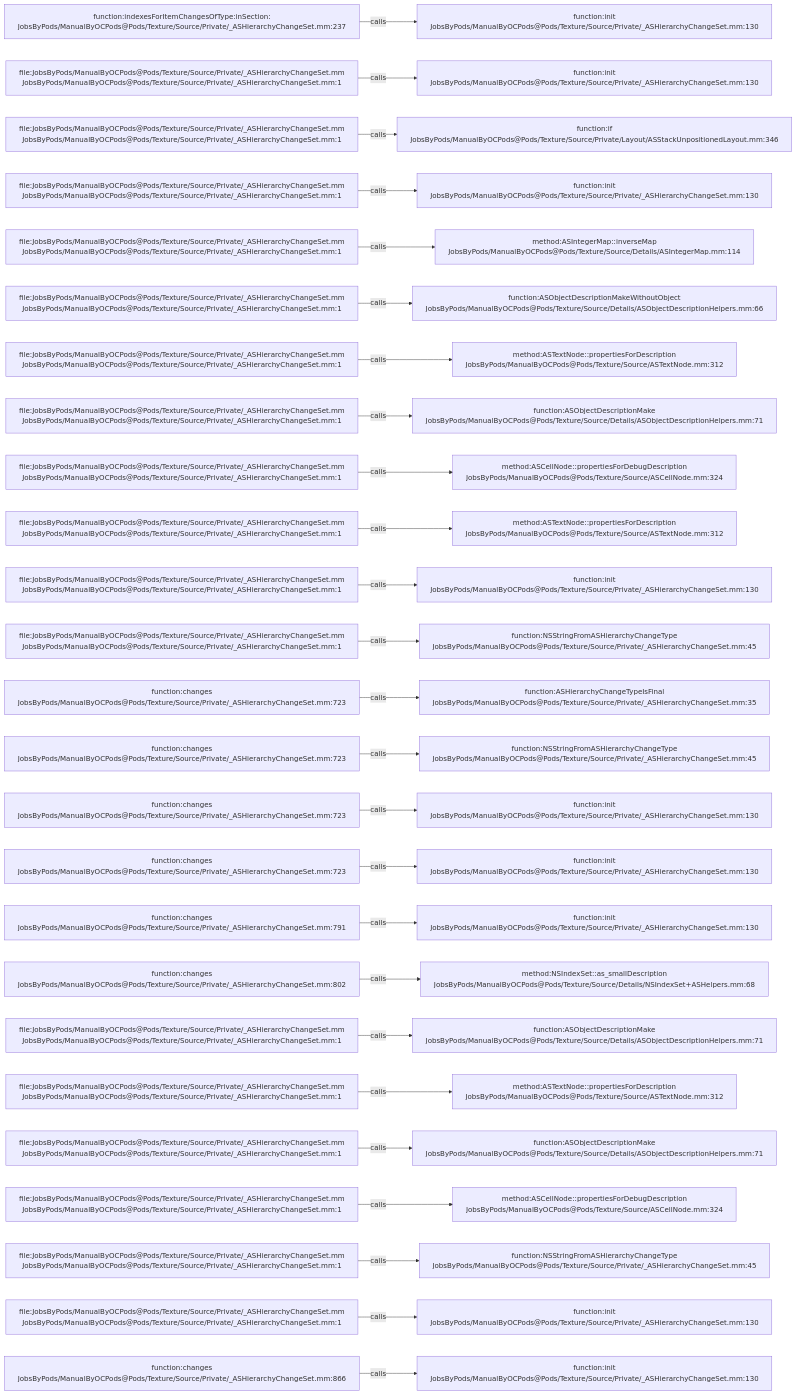
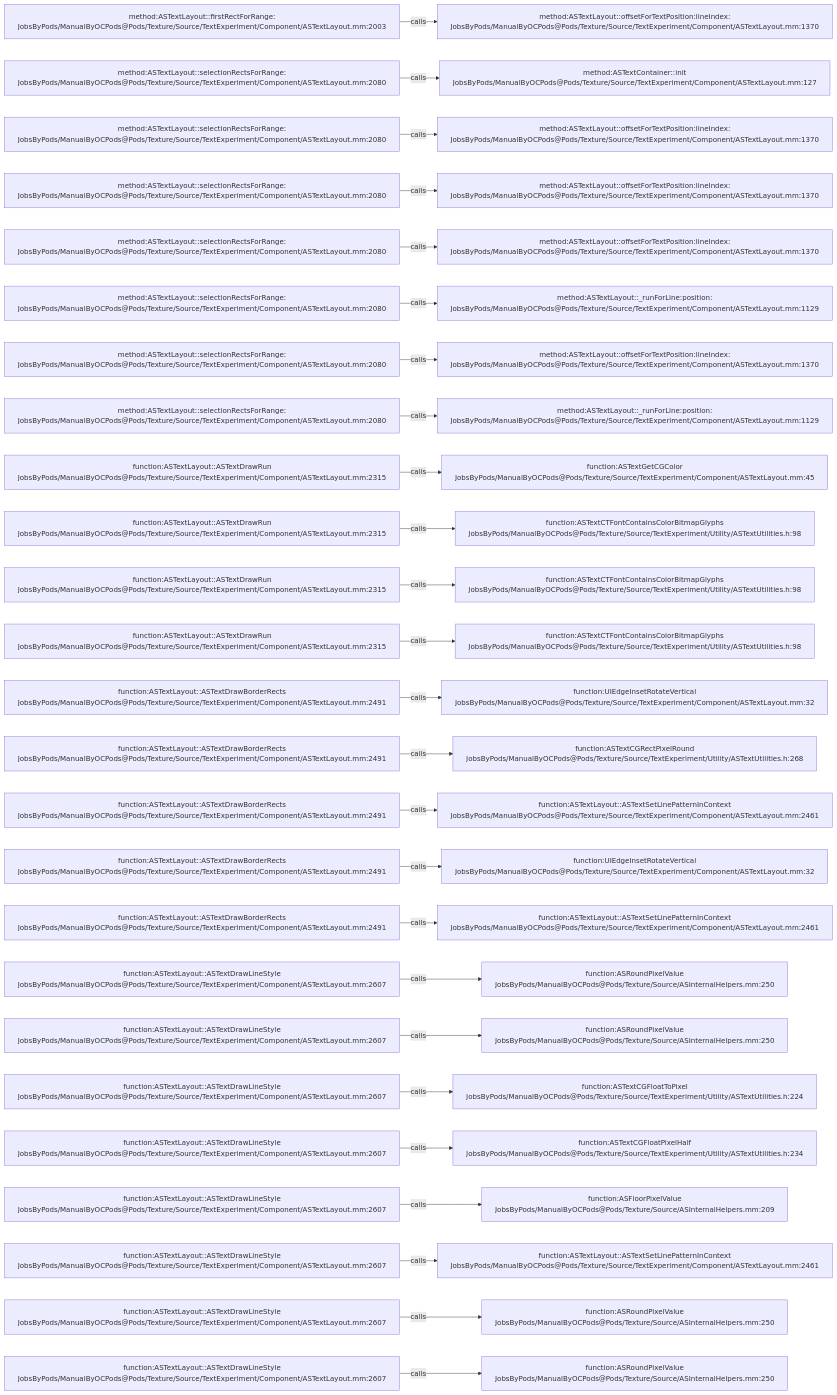
One commit to JobsKits/JobsOCBaseConfigDemo changed the diagram in .codegraph/codegraph.md/graphs/calls-196.md. Above: the diagram before and after it, drawn with Mermaid. The commit also changed 1448 other files, not shown here.

````diff
--- a/.codegraph/codegraph.md/graphs/calls-196.md
+++ b/.codegraph/codegraph.md/graphs/calls-196.md
@@ -13,78 +13,78 @@
 ```mermaid
 flowchart LR
-  S1["function:indexesForItemChangesOfType:inSection:<br/>JobsByPods/ManualByOCPods@Pods/Texture/Source/Private/_ASHierarchyChangeSet.mm:237"]
-  T1["function:init<br/>JobsByPods/ManualByOCPods@Pods/Texture/Source/Private/_ASHierarchyChangeSet.mm:130"]
+  S1["method:ASTextLayout::firstRectForRange:<br/>JobsByPods/ManualByOCPods@Pods/Texture/Source/TextExperiment/Component/ASTextLayout.mm:2003"]
+  T1["method:ASTextLayout::offsetForTextPosition:lineIndex:<br/>JobsByPods/ManualByOCPods@Pods/Texture/Source/TextExperiment/Component/ASTextLayout.mm:1370"]
   S1 -->|calls| T1
-  S2["file:JobsByPods/ManualByOCPods@Pods/Texture/Source/Private/_ASHierarchyChangeSet.mm<br/>JobsByPods/ManualByOCPods@Pods/Texture/Source/Private/_ASHierarchyChangeSet.mm:1"]
-  T2["function:init<br/>JobsByPods/ManualByOCPods@Pods/Texture/Source/Private/_ASHierarchyChangeSet.mm:130"]
+  S2["method:ASTextLayout::selectionRectsForRange:<br/>JobsByPods/ManualByOCPods@Pods/Texture/Source/TextExperiment/Component/ASTextLayout.mm:2080"]
+  T2["method:ASTextContainer::init<br/>JobsByPods/ManualByOCPods@Pods/Texture/Source/TextExperiment/Component/ASTextLayout.mm:127"]
   S2 -->|calls| T2
-  S3["file:JobsByPods/ManualByOCPods@Pods/Texture/Source/Private/_ASHierarchyChangeSet.mm<br/>JobsByPods/ManualByOCPods@Pods/Texture/Source/Private/_ASHierarchyChangeSet.mm:1"]
-  T3["function:if<br/>JobsByPods/ManualByOCPods@Pods/Texture/Source/Private/Layout/ASStackUnpositionedLayout.mm:346"]
+  S3["method:ASTextLayout::selectionRectsForRange:<br/>JobsByPods/ManualByOCPods@Pods/Texture/Source/TextExperiment/Component/ASTextLayout.mm:2080"]
+  T3["method:ASTextLayout::offsetForTextPosition:lineIndex:<br/>JobsByPods/ManualByOCPods@Pods/Texture/Source/TextExperiment/Component/ASTextLayout.mm:1370"]
   S3 -->|calls| T3
-  S4["file:JobsByPods/ManualByOCPods@Pods/Texture/Source/Private/_ASHierarchyChangeSet.mm<br/>JobsByPods/ManualByOCPods@Pods/Texture/Source/Private/_ASHierarchyChangeSet.mm:1"]
-  T4["function:init<br/>JobsByPods/ManualByOCPods@Pods/Texture/Source/Private/_ASHierarchyChangeSet.mm:130"]
+  S4["method:ASTextLayout::selectionRectsForRange:<br/>JobsByPods/ManualByOCPods@Pods/Texture/Source/TextExperiment/Component/ASTextLayout.mm:2080"]
+  T4["method:ASTextLayout::offsetForTextPosition:lineIndex:<br/>JobsByPods/ManualByOCPods@Pods/Texture/Source/TextExperiment/Component/ASTextLayout.mm:1370"]
   S4 -->|calls| T4
-  S5["file:JobsByPods/ManualByOCPods@Pods/Texture/Source/Private/_ASHierarchyChangeSet.mm<br/>JobsByPods/ManualByOCPods@Pods/Texture/Source/Private/_ASHierarchyChangeSet.mm:1"]
-  T5["method:ASIntegerMap::inverseMap<br/>JobsByPods/ManualByOCPods@Pods/Texture/Source/Details/ASIntegerMap.mm:114"]
+  S5["method:ASTextLayout::selectionRectsForRange:<br/>JobsByPods/ManualByOCPods@Pods/Texture/Source/TextExperiment/Component/ASTextLayout.mm:2080"]
+  T5["method:ASTextLayout::offsetForTextPosition:lineIndex:<br/>JobsByPods/ManualByOCPods@Pods/Texture/Source/TextExperiment/Component/ASTextLayout.mm:1370"]
   S5 -->|calls| T5
-  S6["file:JobsByPods/ManualByOCPods@Pods/Texture/Source/Private/_ASHierarchyChangeSet.mm<br/>JobsByPods/ManualByOCPods@Pods/Texture/Source/Private/_ASHierarchyChangeSet.mm:1"]
-  T6["function:ASObjectDescriptionMakeWithoutObject<br/>JobsByPods/ManualByOCPods@Pods/Texture/Source/Details/ASObjectDescriptionHelpers.mm:66"]
+  S6["method:ASTextLayout::selectionRectsForRange:<br/>JobsByPods/ManualByOCPods@Pods/Texture/Source/TextExperiment/Component/ASTextLayout.mm:2080"]
+  T6["method:ASTextLayout::_runForLine:position:<br/>JobsByPods/ManualByOCPods@Pods/Texture/Source/TextExperiment/Component/ASTextLayout.mm:1129"]
   S6 -->|calls| T6
-  S7["file:JobsByPods/ManualByOCPods@Pods/Texture/Source/Private/_ASHierarchyChangeSet.mm<br/>JobsByPods/ManualByOCPods@Pods/Texture/Source/Private/_ASHierarchyChangeSet.mm:1"]
-  T7["method:ASTextNode::propertiesForDescription<br/>JobsByPods/ManualByOCPods@Pods/Texture/Source/ASTextNode.mm:312"]
+  S7["method:ASTextLayout::selectionRectsForRange:<br/>JobsByPods/ManualByOCPods@Pods/Texture/Source/TextExperiment/Component/ASTextLayout.mm:2080"]
+  T7["method:ASTextLayout::offsetForTextPosition:lineIndex:<br/>JobsByPods/ManualByOCPods@Pods/Texture/Source/TextExperiment/Component/ASTextLayout.mm:1370"]
   S7 -->|calls| T7
-  S8["file:JobsByPods/ManualByOCPods@Pods/Texture/Source/Private/_ASHierarchyChangeSet.mm<br/>JobsByPods/ManualByOCPods@Pods/Texture/Source/Private/_ASHierarchyChangeSet.mm:1"]
-  T8["function:ASObjectDescriptionMake<br/>JobsByPods/ManualByOCPods@Pods/Texture/Source/Details/ASObjectDescriptionHelpers.mm:71"]
+  S8["method:ASTextLayout::selectionRectsForRange:<br/>JobsByPods/ManualByOCPods@Pods/Texture/Source/TextExperiment/Component/ASTextLayout.mm:2080"]
+  T8["method:ASTextLayout::_runForLine:position:<br/>JobsByPods/ManualByOCPods@Pods/Texture/Source/TextExperiment/Component/ASTextLayout.mm:1129"]
   S8 -->|calls| T8
-  S9["file:JobsByPods/ManualByOCPods@Pods/Texture/Source/Private/_ASHierarchyChangeSet.mm<br/>JobsByPods/ManualByOCPods@Pods/Texture/Source/Private/_ASHierarchyChangeSet.mm:1"]
-  T9["method:ASCellNode::propertiesForDebugDescription<br/>JobsByPods/ManualByOCPods@Pods/Texture/Source/ASCellNode.mm:324"]
+  S9["function:ASTextLayout::ASTextDrawRun<br/>JobsByPods/ManualByOCPods@Pods/Texture/Source/TextExperiment/Component/ASTextLayout.mm:2315"]
+  T9["function:ASTextGetCGColor<br/>JobsByPods/ManualByOCPods@Pods/Texture/Source/TextExperiment/Component/ASTextLayout.mm:45"]
   S9 -->|calls| T9
-  S10["file:JobsByPods/ManualByOCPods@Pods/Texture/Source/Private/_ASHierarchyChangeSet.mm<br/>JobsByPods/ManualByOCPods@Pods/Texture/Source/Private/_ASHierarchyChangeSet.mm:1"]
-  T10["method:ASTextNode::propertiesForDescription<br/>JobsByPods/ManualByOCPods@Pods/Texture/Source/ASTextNode.mm:312"]
+  S10["function:ASTextLayout::ASTextDrawRun<br/>JobsByPods/ManualByOCPods@Pods/Texture/Source/TextExperiment/Component/ASTextLayout.mm:2315"]
+  T10["function:ASTextCTFontContainsColorBitmapGlyphs<br/>JobsByPods/ManualByOCPods@Pods/Texture/Source/TextExperiment/Utility/ASTextUtilities.h:98"]
   S10 -->|calls| T10
-  S11["file:JobsByPods/ManualByOCPods@Pods/Texture/Source/Private/_ASHierarchyChangeSet.mm<br/>JobsByPods/ManualByOCPods@Pods/Texture/Source/Private/_ASHierarchyChangeSet.mm:1"]
-  T11["function:init<br/>JobsByPods/ManualByOCPods@Pods/Texture/Source/Private/_ASHierarchyChangeSet.mm:130"]
+  S11["function:ASTextLayout::ASTextDrawRun<br/>JobsByPods/ManualByOCPods@Pods/Texture/Source/TextExperiment/Component/ASTextLayout.mm:2315"]
+  T11["function:ASTextCTFontContainsColorBitmapGlyphs<br/>JobsByPods/ManualByOCPods@Pods/Texture/Source/TextExperiment/Utility/ASTextUtilities.h:98"]
   S11 -->|calls| T11
-  S12["file:JobsByPods/ManualByOCPods@Pods/Texture/Source/Private/_ASHierarchyChangeSet.mm<br/>JobsByPods/ManualByOCPods@Pods/Texture/Source/Private/_ASHierarchyChangeSet.mm:1"]
-  T12["function:NSStringFromASHierarchyChangeType<br/>JobsByPods/ManualByOCPods@Pods/Texture/Source/Private/_ASHierarchyChangeSet.mm:45"]
+  S12["function:ASTextLayout::ASTextDrawRun<br/>JobsByPods/ManualByOCPods@Pods/Texture/Source/TextExperiment/Component/ASTextLayout.mm:2315"]
+  T12["function:ASTextCTFontContainsColorBitmapGlyphs<br/>JobsByPods/ManualByOCPods@Pods/Texture/Source/TextExperiment/Utility/ASTextUtilities.h:98"]
   S12 -->|calls| T12
-  S13["function:changes<br/>JobsByPods/ManualByOCPods@Pods/Texture/Source/Private/_ASHierarchyChangeSet.mm:723"]
-  T13["function:ASHierarchyChangeTypeIsFinal<br/>JobsByPods/ManualByOCPods@Pods/Texture/Source/Private/_ASHierarchyChangeSet.mm:35"]
+  S13["function:ASTextLayout::ASTextDrawBorderRects<br/>JobsByPods/ManualByOCPods@Pods/Texture/Source/TextExperiment/Component/ASTextLayout.mm:2491"]
+  T13["function:UIEdgeInsetRotateVertical<br/>JobsByPods/ManualByOCPods@Pods/Texture/Source/TextExperiment/Component/ASTextLayout.mm:32"]
   S13 -->|calls| T13
-  S14["function:changes<br/>JobsByPods/ManualByOCPods@Pods/Texture/Source/Private/_ASHierarchyChangeSet.mm:723"]
-  T14["function:NSStringFromASHierarchyChangeType<br/>JobsByPods/ManualByOCPods@Pods/Texture/Source/Private/_ASHierarchyChangeSet.mm:45"]
+  S14["function:ASTextLayout::ASTextDrawBorderRects<br/>JobsByPods/ManualByOCPods@Pods/Texture/Source/TextExperiment/Component/ASTextLayout.mm:2491"]
+  T14["function:ASTextCGRectPixelRound<br/>JobsByPods/ManualByOCPods@Pods/Texture/Source/TextExperiment/Utility/ASTextUtilities.h:268"]
   S14 -->|calls| T14
-  S15["function:changes<br/>JobsByPods/ManualByOCPods@Pods/Texture/Source/Private/_ASHierarchyChangeSet.mm:723"]
-  T15["function:init<br/>JobsByPods/ManualByOCPods@Pods/Texture/Source/Private/_ASHierarchyChangeSet.mm:130"]
+  S15["function:ASTextLayout::ASTextDrawBorderRects<br/>JobsByPods/ManualByOCPods@Pods/Texture/Source/TextExperiment/Component/ASTextLayout.mm:2491"]
+  T15["function:ASTextLayout::ASTextSetLinePatternInContext<br/>JobsByPods/ManualByOCPods@Pods/Texture/Source/TextExperiment/Component/ASTextLayout.mm:2461"]
   S15 -->|calls| T15
-  S16["function:changes<br/>JobsByPods/ManualByOCPods@Pods/Texture/Source/Private/_ASHierarchyChangeSet.mm:723"]
-  T16["function:init<br/>JobsByPods/ManualByOCPods@Pods/Texture/Source/Private/_ASHierarchyChangeSet.mm:130"]
+  S16["function:ASTextLayout::ASTextDrawBorderRects<br/>JobsByPods/ManualByOCPods@Pods/Texture/Source/TextExperiment/Component/ASTextLayout.mm:2491"]
+  T16["function:UIEdgeInsetRotateVertical<br/>JobsByPods/ManualByOCPods@Pods/Texture/Source/TextExperiment/Component/ASTextLayout.mm:32"]
   S16 -->|calls| T16
-  S17["function:changes<br/>JobsByPods/ManualByOCPods@Pods/Texture/Source/Private/_ASHierarchyChangeSet.mm:791"]
-  T17["function:init<br/>JobsByPods/ManualByOCPods@Pods/Texture/Source/Private/_ASHierarchyChangeSet.mm:130"]
+  S17["function:ASTextLayout::ASTextDrawBorderRects<br/>JobsByPods/ManualByOCPods@Pods/Texture/Source/TextExperiment/Component/ASTextLayout.mm:2491"]
+  T17["function:ASTextLayout::ASTextSetLinePatternInContext<br/>JobsByPods/ManualByOCPods@Pods/Texture/Source/TextExperiment/Component/ASTextLayout.mm:2461"]
   S17 -->|calls| T17
-  S18["function:changes<br/>JobsByPods/ManualByOCPods@Pods/Texture/Source/Private/_ASHierarchyChangeSet.mm:802"]
-  T18["method:NSIndexSet::as_smallDescription<br/>JobsByPods/ManualByOCPods@Pods/Texture/Source/Details/NSIndexSet+ASHelpers.mm:68"]
+  S18["function:ASTextLayout::ASTextDrawLineStyle<br/>JobsByPods/ManualByOCPods@Pods/Texture/Source/TextExperiment/Component/ASTextLayout.mm:2607"]
+  T18["function:ASRoundPixelValue<br/>JobsByPods/ManualByOCPods@Pods/Texture/Source/ASInternalHelpers.mm:250"]
   S18 -->|calls| T18
-  S19["file:JobsByPods/ManualByOCPods@Pods/Texture/Source/Private/_ASHierarchyChangeSet.mm<br/>JobsByPods/ManualByOCPods@Pods/Texture/Source/Private/_ASHierarchyChangeSet.mm:1"]
-  T19["function:ASObjectDescriptionMake<br/>JobsByPods/ManualByOCPods@Pods/Texture/Source/Details/ASObjectDescriptionHelpers.mm:71"]
+  S19["function:ASTextLayout::ASTextDrawLineStyle<br/>JobsByPods/ManualByOCPods@Pods/Texture/Source/TextExperiment/Component/ASTextLayout.mm:2607"]
+  T19["function:ASRoundPixelValue<br/>JobsByPods/ManualByOCPods@Pods/Texture/Source/ASInternalHelpers.mm:250"]
   S19 -->|calls| T19
-  S20["file:JobsByPods/ManualByOCPods@Pods/Texture/Source/Private/_ASHierarchyChangeSet.mm<br/>JobsByPods/ManualByOCPods@Pods/Texture/Source/Private/_ASHierarchyChangeSet.mm:1"]
-  T20["method:ASTextNode::propertiesForDescription<br/>JobsByPods/ManualByOCPods@Pods/Texture/Source/ASTextNode.mm:312"]
+  S20["function:ASTextLayout::ASTextDrawLineStyle<br/>JobsByPods/ManualByOCPods@Pods/Texture/Source/TextExperiment/Component/ASTextLayout.mm:2607"]
+  T20["function:ASTextCGFloatToPixel<br/>JobsByPods/ManualByOCPods@Pods/Texture/Source/TextExperiment/Utility/ASTextUtilities.h:224"]
   S20 -->|calls| T20
-  S21["file:JobsByPods/ManualByOCPods@Pods/Texture/Source/Private/_ASHierarchyChangeSet.mm<br/>JobsByPods/ManualByOCPods@Pods/Texture/Source/Private/_ASHierarchyChangeSet.mm:1"]
-  T21["function:ASObjectDescriptionMake<br/>JobsByPods/ManualByOCPods@Pods/Texture/Source/Details/ASObjectDescriptionHelpers.mm:71"]
+  S21["function:ASTextLayout::ASTextDrawLineStyle<br/>JobsByPods/ManualByOCPods@Pods/Texture/Source/TextExperiment/Component/ASTextLayout.mm:2607"]
+  T21["function:ASTextCGFloatPixelHalf<br/>JobsByPods/ManualByOCPods@Pods/Texture/Source/TextExperiment/Utility/ASTextUtilities.h:234"]
   S21 -->|calls| T21
-  S22["file:JobsByPods/ManualByOCPods@Pods/Texture/Source/Private/_ASHierarchyChangeSet.mm<br/>JobsByPods/ManualByOCPods@Pods/Texture/Source/Private/_ASHierarchyChangeSet.mm:1"]
-  T22["method:ASCellNode::propertiesForDebugDescription<br/>JobsByPods/ManualByOCPods@Pods/Texture/Source/ASCellNode.mm:324"]
+  S22["function:ASTextLayout::ASTextDrawLineStyle<br/>JobsByPods/ManualByOCPods@Pods/Texture/Source/TextExperiment/Component/ASTextLayout.mm:2607"]
+  T22["function:ASFloorPixelValue<br/>JobsByPods/ManualByOCPods@Pods/Texture/Source/ASInternalHelpers.mm:209"]
   S22 -->|calls| T22
-  S23["file:JobsByPods/ManualByOCPods@Pods/Texture/Source/Private/_ASHierarchyChangeSet.mm<br/>JobsByPods/ManualByOCPods@Pods/Texture/Source/Private/_ASHierarchyChangeSet.mm:1"]
-  T23["function:NSStringFromASHierarchyChangeType<br/>JobsByPods/ManualByOCPods@Pods/Texture/Source/Private/_ASHierarchyChangeSet.mm:45"]
+  S23["function:ASTextLayout::ASTextDrawLineStyle<br/>JobsByPods/ManualByOCPods@Pods/Texture/Source/TextExperiment/Component/ASTextLayout.mm:2607"]
+  T23["function:ASTextLayout::ASTextSetLinePatternInContext<br/>JobsByPods/ManualByOCPods@Pods/Texture/Source/TextExperiment/Component/ASTextLayout.mm:2461"]
   S23 -->|calls| T23
-  S24["file:JobsByPods/ManualByOCPods@Pods/Texture/Source/Private/_ASHierarchyChangeSet.mm<br/>JobsByPods/ManualByOCPods@Pods/Texture/Source/Private/_ASHierarchyChangeSet.mm:1"]
-  T24["function:init<br/>JobsByPods/ManualByOCPods@Pods/Texture/Source/Private/_ASHierarchyChangeSet.mm:130"]
+  S24["function:ASTextLayout::ASTextDrawLineStyle<br/>JobsByPods/ManualByOCPods@Pods/Texture/Source/TextExperiment/Component/ASTextLayout.mm:2607"]
+  T24["function:ASRoundPixelValue<br/>JobsByPods/ManualByOCPods@Pods/Texture/Source/ASInternalHelpers.mm:250"]
   S24 -->|calls| T24
-  S25["function:changes<br/>JobsByPods/ManualByOCPods@Pods/Texture/Source/Private/_ASHierarchyChangeSet.mm:866"]
-  T25["function:init<br/>JobsByPods/ManualByOCPods@Pods/Texture/Source/Private/_ASHierarchyChangeSet.mm:130"]
+  S25["function:ASTextLayout::ASTextDrawLineStyle<br/>JobsByPods/ManualByOCPods@Pods/Texture/Source/TextExperiment/Component/ASTextLayout.mm:2607"]
+  T25["function:ASRoundPixelValue<br/>JobsByPods/ManualByOCPods@Pods/Texture/Source/ASInternalHelpers.mm:250"]
   S25 -->|calls| T25
 ```
````
